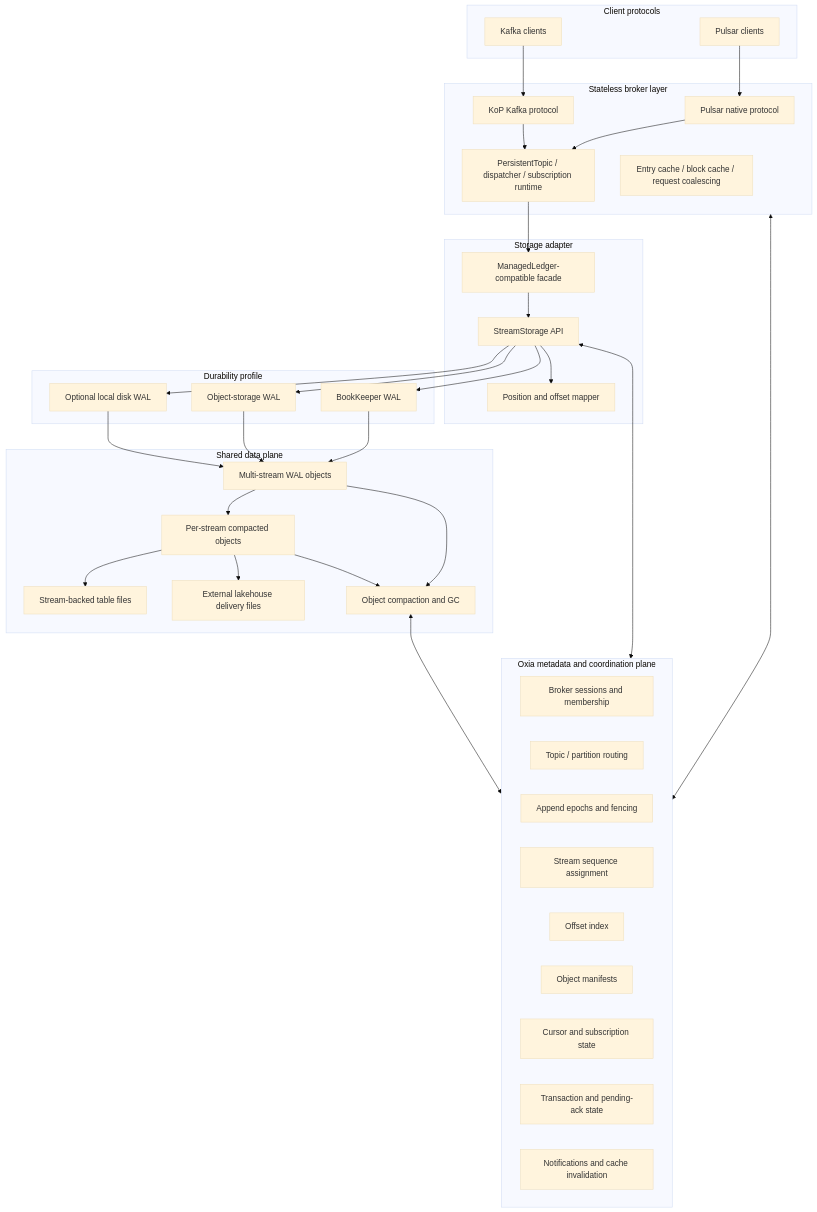
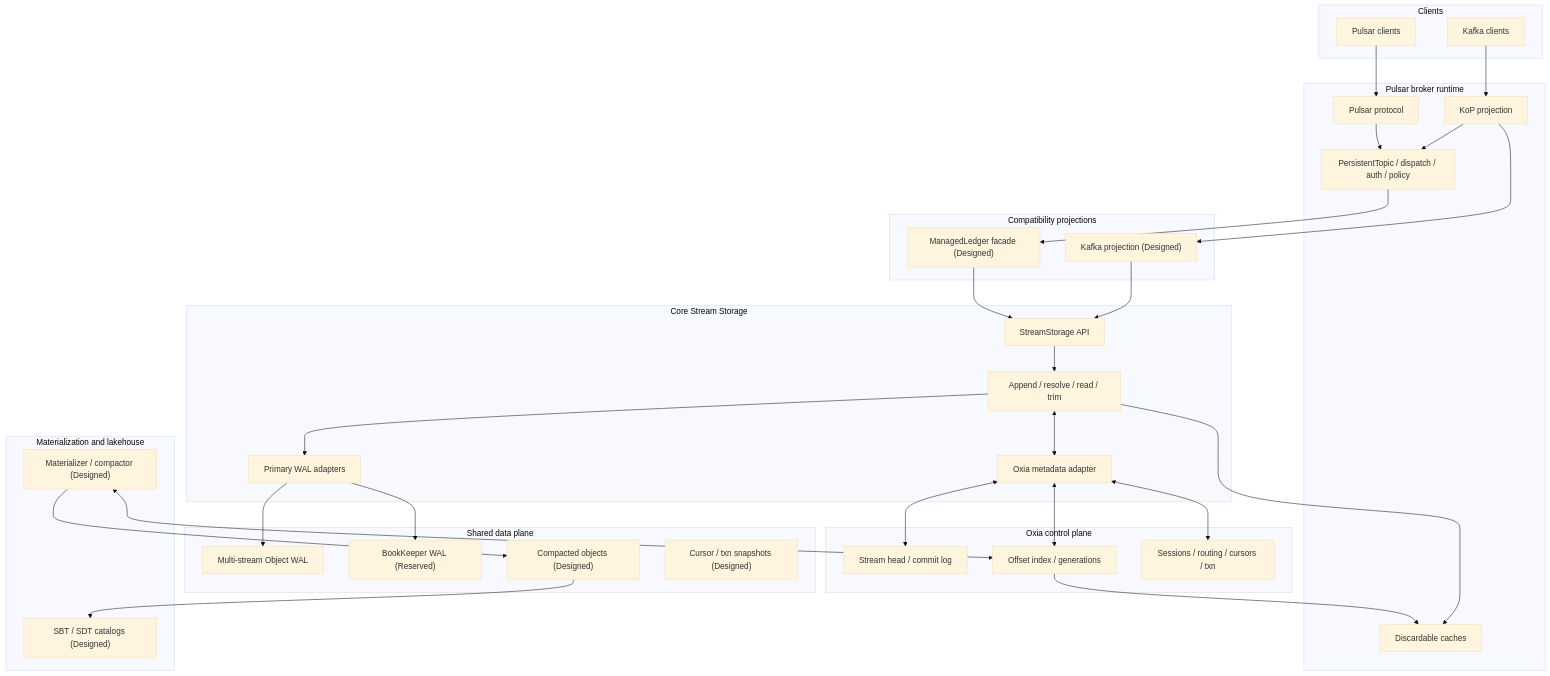
Before and after one commit to nereusstream/nereus: the first of 2 diagrams in docs/design/nereus-overall-architecture.md, drawn with Mermaid (base theme). The commit also changed other lines of this file and 34 other files, not shown here.

Commit message:
feat(core): restructure documentation and update core API

````diff
--- a/docs/design/nereus-overall-architecture.md
+++ b/docs/design/nereus-overall-architecture.md
@@ -191,68 +174,56 @@
 ```mermaid
 flowchart TB
-    subgraph ClientLayer["Client protocols"]
-        PulsarClient["Pulsar clients"]
-        KafkaClient["Kafka clients"]
+    subgraph Clients["Clients"]
+        PC["Pulsar clients"]
+        KC["Kafka clients"]
+    end
+    subgraph Broker["Pulsar broker runtime"]
+        PP["Pulsar protocol"]
+        KoP["KoP projection"]
+        Runtime["PersistentTopic / dispatch / auth / policy"]
+        Cache["Discardable caches"]
+    end
+    subgraph Adapters["Compatibility projections"]
+        MLF["ManagedLedger facade (Designed)"]
+        KAF["Kafka projection (Designed)"]
+    end
+    subgraph L0["Core Stream Storage"]
+        API["StreamStorage API"]
+        Core["Append / resolve / read / trim"]
+        Meta["Oxia metadata adapter"]
+        Wal["Primary WAL adapters"]
+    end
+    subgraph Data["Shared data plane"]
+        OW["Multi-stream Object WAL"]
+        BK["BookKeeper WAL (Reserved)"]
+        CO["Compacted objects (Designed)"]
+        Snap["Cursor / txn snapshots (Designed)"]
+    end
+    subgraph Control["Oxia control plane"]
+        Head["Stream head / commit log"]
+        Index["Offset index / generations"]
+        Coord["Sessions / routing / cursors / txn"]
+    end
+    subgraph L3["Materialization and lakehouse"]
+        Mat["Materializer / compactor (Designed)"]
+        Cat["SBT / SDT catalogs (Designed)"]
     end
 
-    subgraph BrokerLayer["Stateless broker layer"]
-        PulsarProtocol["Pulsar native protocol"]
-        KoP["KoP Kafka protocol"]
-        TopicRuntime["PersistentTopic / dispatcher / subscription runtime"]
-        LocalCache["Entry cache / block cache / request coalescing"]
-    end
-
-    subgraph StorageAPI["Storage adapter"]
-        MLFacade["ManagedLedger-compatible facade"]
-        StreamStorage["StreamStorage API"]
-        PositionMapper["Position and offset mapper"]
-    end
-
-    subgraph WAL["Durability profile"]
-        BKWal["BookKeeper WAL"]
-        ObjectWal["Object-storage WAL"]
-        LocalWal["Optional local disk WAL"]
-    end
-
-    subgraph DataPlane["Shared data plane"]
-        WALObjects["Multi-stream WAL objects"]
-        CompactObjects["Per-stream compacted objects"]
-        SBTFiles["Stream-backed table files"]
-        SDTFiles["External lakehouse delivery files"]
-        ObjectGC["Object compaction and GC"]
-    end
-
-    subgraph OxiaPlane["Oxia metadata and coordination plane"]
-        BrokerRegistry["Broker sessions and membership"]
-        Routing["Topic / partition routing"]
-        Epochs["Append epochs and fencing"]
-        Sequence["Stream sequence assignment"]
-        OffsetIndex["Offset index"]
-        Manifest["Object manifests"]
-        Cursors["Cursor and subscription state"]
-        Txn["Transaction and pending-ack state"]
-        Notify["Notifications and cache invalidation"]
-    end
-
-    PulsarClient --> PulsarProtocol
-    KafkaClient --> KoP
-    PulsarProtocol --> TopicRuntime
-    KoP --> TopicRuntime
-    TopicRuntime --> MLFacade
-    MLFacade --> StreamStorage
-    StreamStorage --> PositionMapper
-    StreamStorage --> BKWal
-    StreamStorage --> ObjectWal
-    StreamStorage --> LocalWal
-    BKWal --> WALObjects
-    ObjectWal --> WALObjects
-    LocalWal --> WALObjects
-    WALObjects --> CompactObjects
-    CompactObjects --> SBTFiles
-    CompactObjects --> SDTFiles
-    WALObjects --> ObjectGC
-    CompactObjects --> ObjectGC
-    BrokerLayer <--> OxiaPlane
-    StreamStorage <--> OxiaPlane
-    ObjectGC <--> OxiaPlane
+    PC --> PP --> Runtime
+    KC --> KoP --> Runtime
+    Runtime --> MLF --> API
+    KoP --> KAF --> API
+    API --> Core
+    Core <--> Meta
+    Core --> Wal
+    Meta <--> Head
+    Meta <--> Index
+    Meta <--> Coord
+    Wal --> OW
+    Wal --> BK
+    Index --> Cache
+    Mat --> CO
+    Mat <--> Index
+    CO --> Cat
+    Core --> Cache
 ```
````
